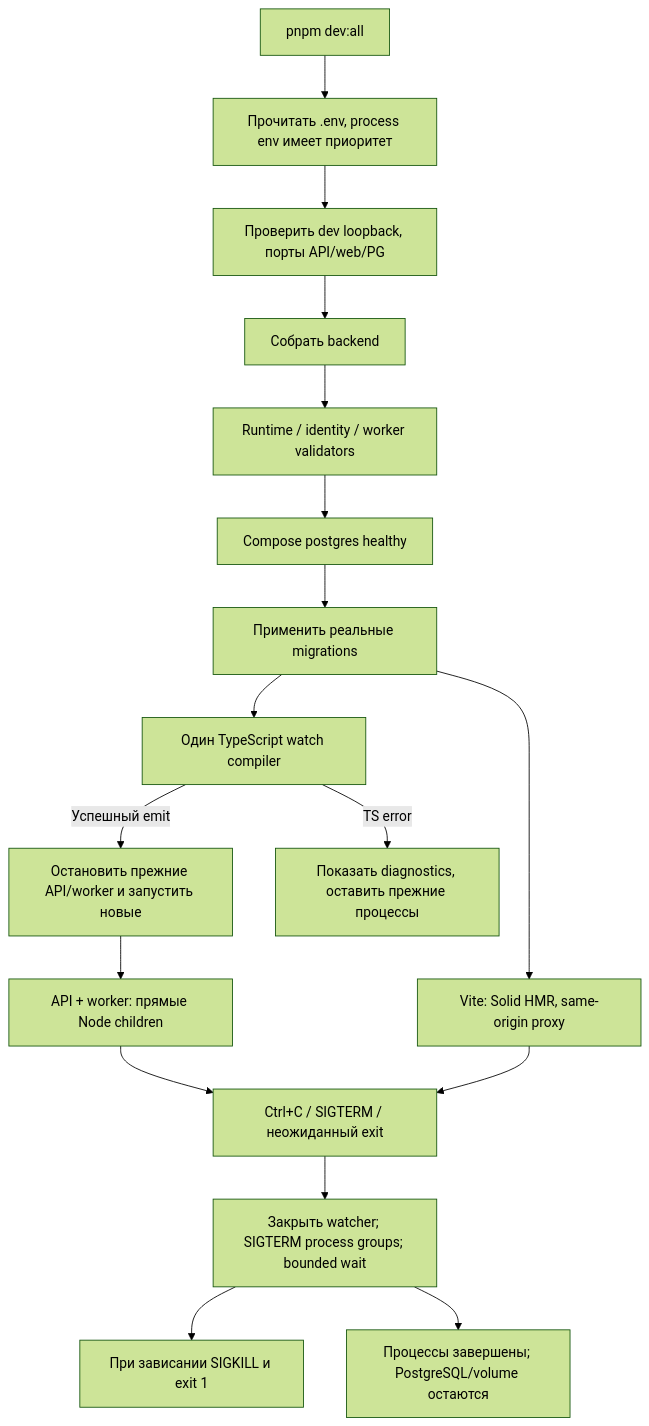
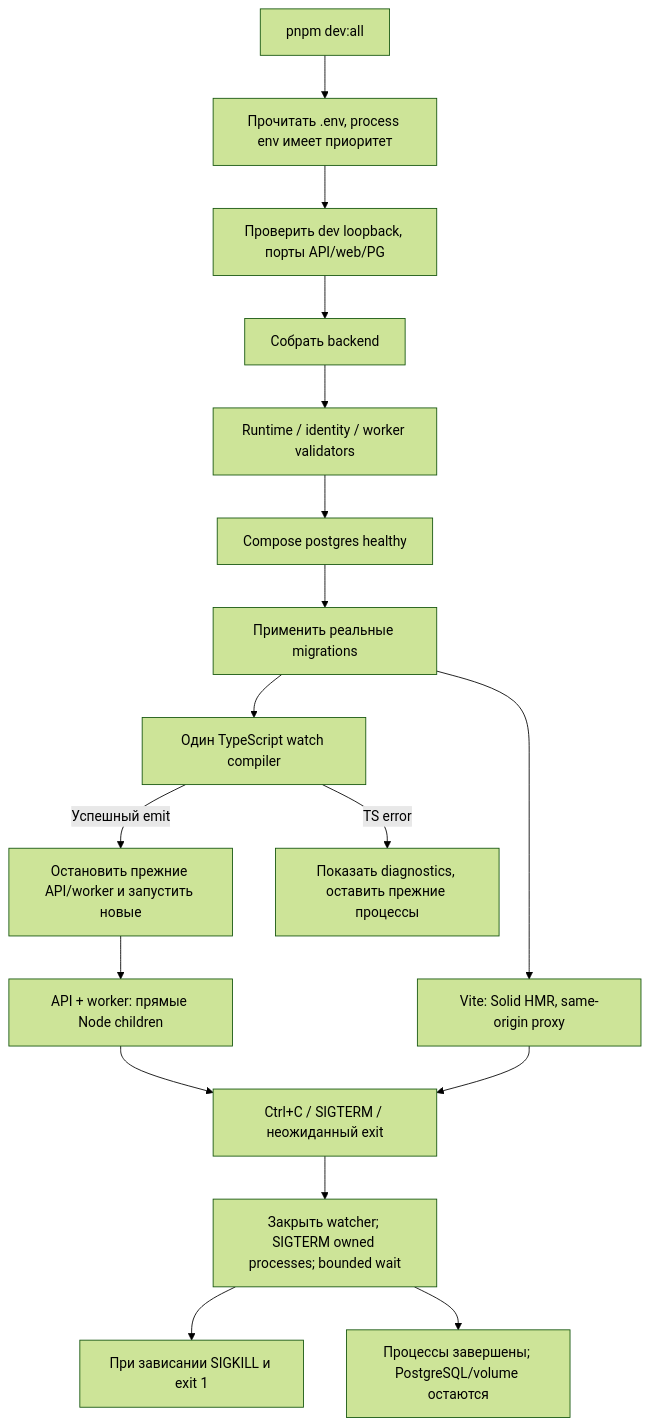
Before and after one commit to alekseishmidko/warehouse-control: the diagram in docs/flows/dev-environment.md, drawn with Mermaid (forest theme). The commit also changed other lines of this file and 73 other files, not shown here.

````diff
--- a/docs/flows/dev-environment.md
+++ b/docs/flows/dev-environment.md
@@ -23,19 +23,19 @@
 ```mermaid
 flowchart TD
   U[pnpm dev:all] --> E[Прочитать .env, process env имеет приоритет]
   E --> P[Проверить dev loopback, порты API/web/PG]
   P --> B[Собрать backend]
   B --> V[Runtime / identity / worker validators]
   V --> D[Compose postgres healthy]
   D --> M[Применить реальные migrations]
   M --> W[Один TypeScript watch compiler]
   W -->|Успешный emit| R[Остановить прежние API/worker и запустить новые]
   W -->|TS error| K[Показать diagnostics, оставить прежние процессы]
   R --> A[API + worker: прямые Node children]
   M --> F[Vite: Solid HMR, same-origin proxy]
   A --> S[Ctrl+C / SIGTERM / неожиданный exit]
   F --> S
-  S --> C[Закрыть watcher; SIGTERM process groups; bounded wait]
+  S --> C[Закрыть watcher; SIGTERM owned processes; bounded wait]
   C --> Q[При зависании SIGKILL и exit 1]
   C --> O[Процессы завершены; PostgreSQL/volume остаются]
 ```
````
